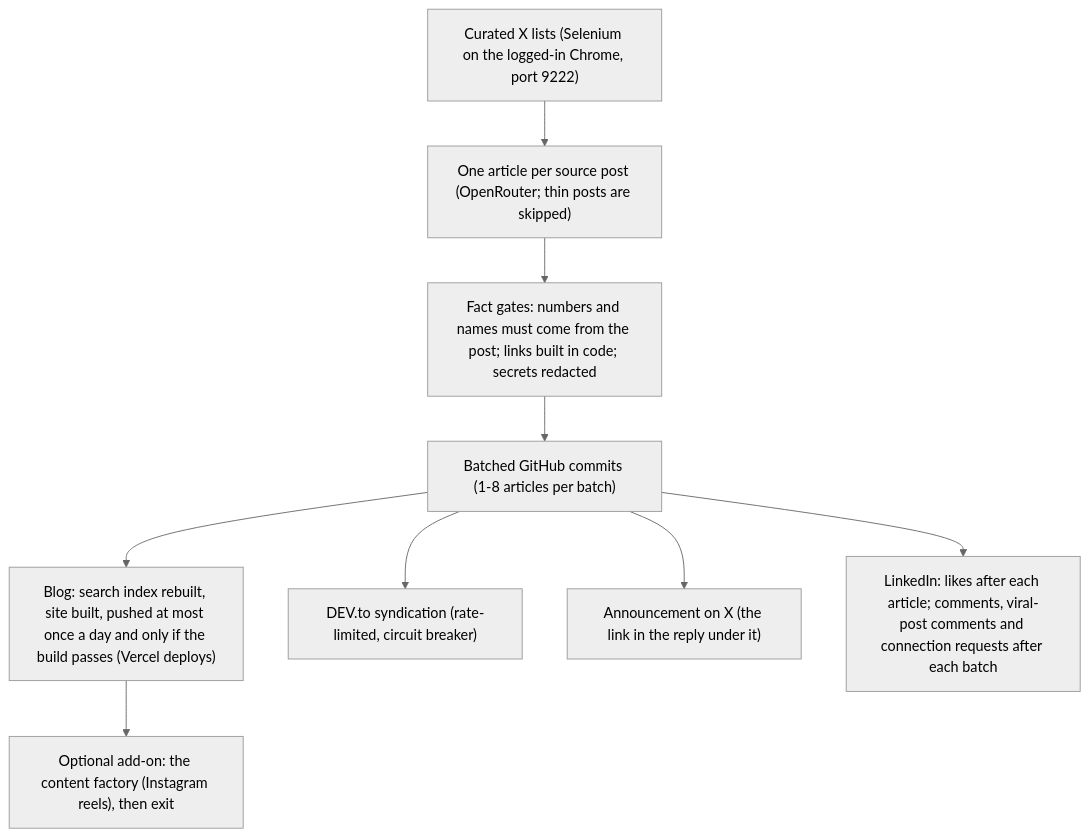
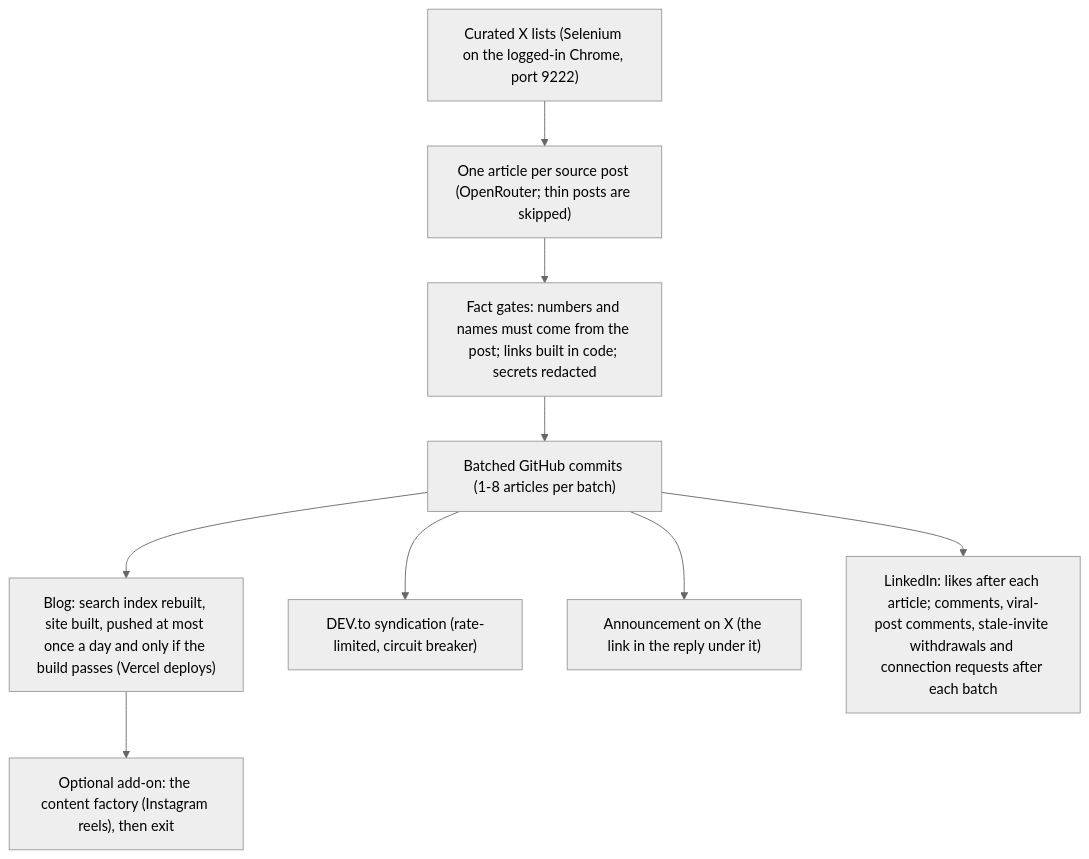
Before and after one commit to Drix10/ai-resources-pipeline: the diagram in README.md, drawn with Mermaid (neutral theme). The commit also changed other lines of this file, not shown here.

````diff
--- a/README.md
+++ b/README.md
@@ -14,11 +14,11 @@
 ```mermaid
 flowchart TD
     A["Curated X lists (Selenium on the logged-in Chrome, port 9222)"] --> B["One article per source post (OpenRouter; thin posts are skipped)"]
     B --> C["Fact gates: numbers and names must come from the post; links built in code; secrets redacted"]
     C --> D["Batched GitHub commits (1-8 articles per batch)"]
     D --> E["Blog: search index rebuilt, site built, pushed at most once a day and only if the build passes (Vercel deploys)"]
     D --> F["DEV.to syndication (rate-limited, circuit breaker)"]
     D --> G["Announcement on X (the link in the reply under it)"]
-    D --> H["LinkedIn: likes after each article; comments, viral-post comments and connection requests after each batch"]
+    D --> H["LinkedIn: likes after each article; comments, viral-post comments, stale-invite withdrawals and connection requests after each batch"]
     E --> I["Optional add-on: the content factory (Instagram reels), then exit"]
 ```
````
